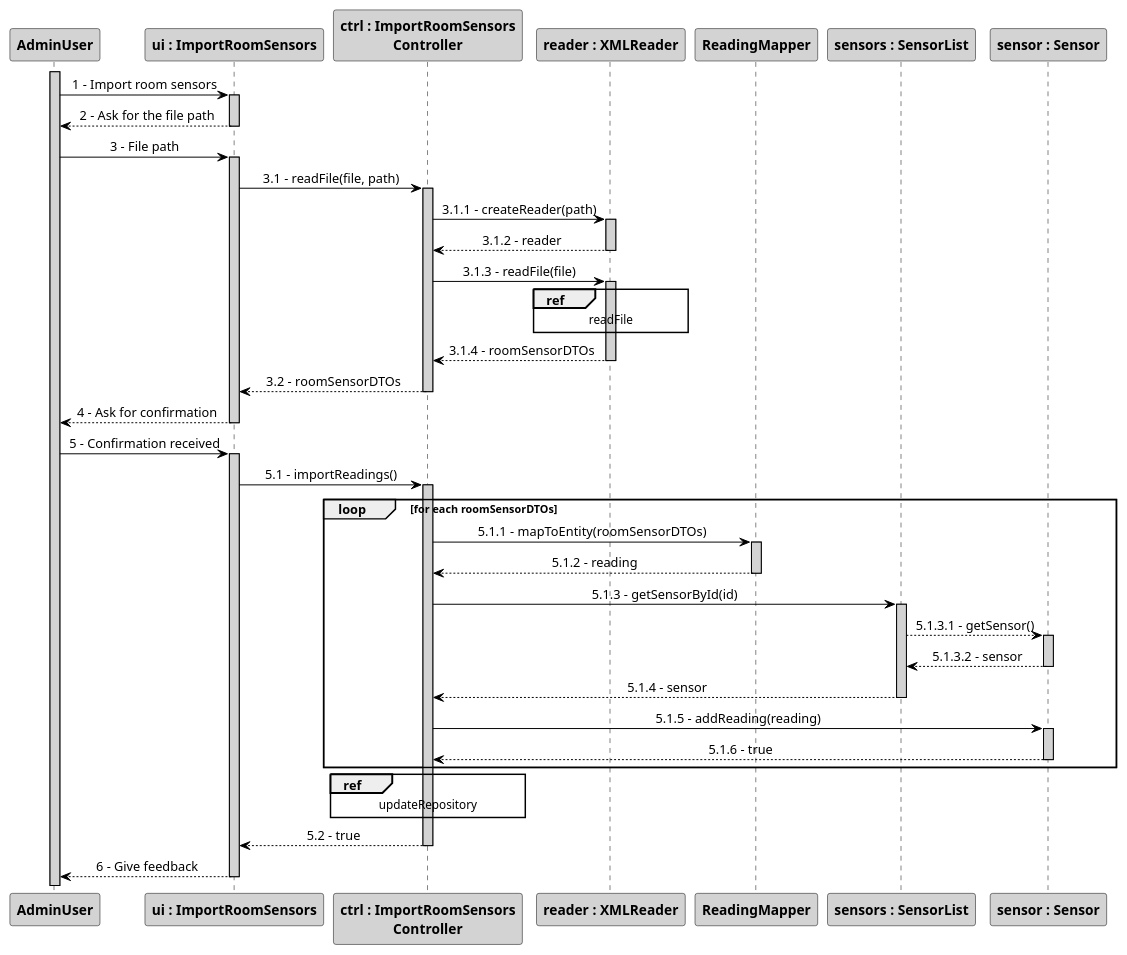
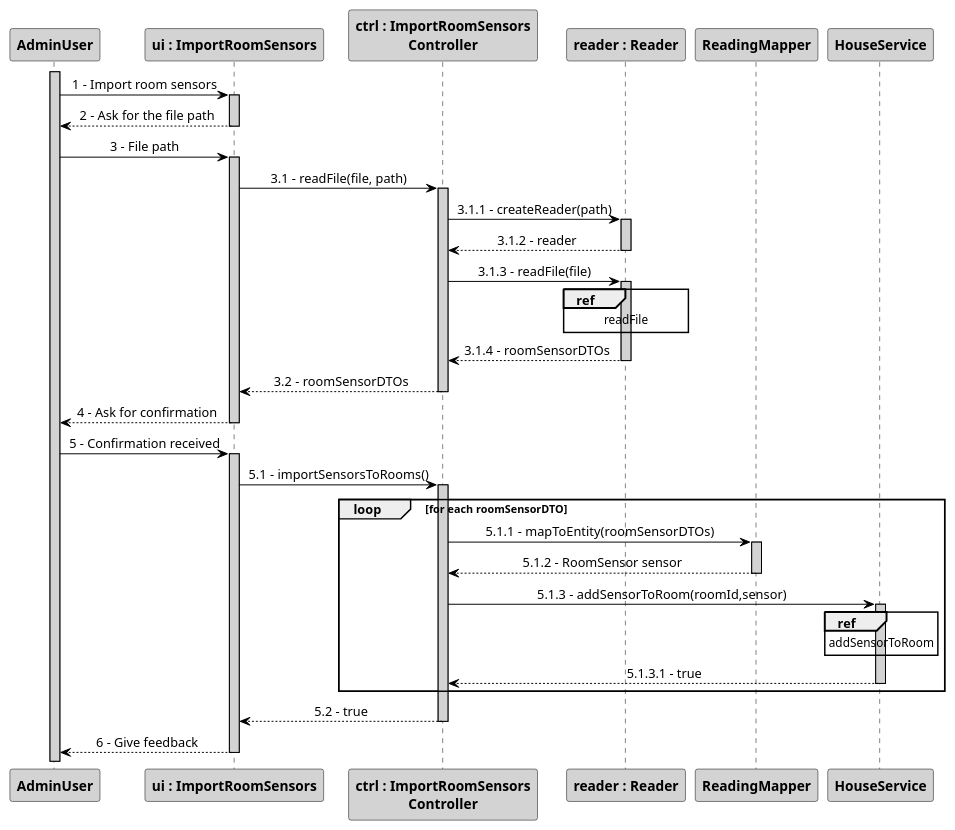
The diagram in src/main/java/pt/ipp/isep/dei/project/controllers/importroomsensorandreadings/SD_ImportRoomSensors.puml (1181687/hateoasToy), drawn with PlantUML before and after one commit.

Commit message:
[ Addresses #150 ] Ended ImportRoomSensors sequence diagram

```diff
--- a/src/main/java/pt/ipp/isep/dei/project/controllers/importroomsensorandreadings/SD_ImportRoomSensors.puml
+++ b/src/main/java/pt/ipp/isep/dei/project/controllers/importroomsensorandreadings/SD_ImportRoomSensors.puml
@@ -1,75 +1,67 @@
 @startuml
 skinparam sequenceMessageAlign center
 skinparam sequence {
 	ArrowColor Black
 	ActorBorderColor DarkBlue
 	LifeLineBorderColor black
 	LifeLineBackgroundColor LightGrey
 
 	ParticipantBorderColor Black
 	ParticipantBackgroundColor LightGrey
 	ParticipantFontStyle Bold
 
 	ActorBackgroundColor DimGrey
 	ActorFontColor DeepSkyBlue
 	ActorFontStyle Bold
 	ActorFontSize 17
 	ActorFontName Aapex
 }
 
 activate AdminUser
 actor AdminUser
 
 AdminUser -> "ui : ImportRoomSensors":1 - Import room sensors
 activate "ui : ImportRoomSensors"
 "ui : ImportRoomSensors" --> AdminUser: 2 - Ask for the file path
 deactivate "ui : ImportRoomSensors"
 AdminUser -> "ui : ImportRoomSensors": 3 - File path
 activate "ui : ImportRoomSensors"
 "ui : ImportRoomSensors" -> "ctrl : ImportRoomSensors\nController": 3.1 - readFile(file, path)
 activate "ctrl : ImportRoomSensors\nController"
-"ctrl : ImportRoomSensors\nController" -> "reader : XMLReader": 3.1.1 - createReader(path)
-activate "reader : XMLReader"
-"reader : XMLReader" --> "ctrl : ImportRoomSensors\nController": 3.1.2 - reader
-deactivate "reader : XMLReader"
-"ctrl : ImportRoomSensors\nController" -> "reader : XMLReader": 3.1.3 - readFile(file)
-activate "reader : XMLReader"
-ref over "reader : XMLReader"
+"ctrl : ImportRoomSensors\nController" -> "reader : Reader": 3.1.1 - createReader(path)
+activate "reader : Reader"
+"reader : Reader" --> "ctrl : ImportRoomSensors\nController": 3.1.2 - reader
+deactivate "reader : Reader"
+"ctrl : ImportRoomSensors\nController" -> "reader : Reader": 3.1.3 - readFile(file)
+activate "reader : Reader"
+ref over "reader : Reader"
 readFile
 end
-"reader : XMLReader" --> "ctrl : ImportRoomSensors\nController": 3.1.4 - roomSensorDTOs
-deactivate "reader : XMLReader"
+"reader : Reader" --> "ctrl : ImportRoomSensors\nController": 3.1.4 - roomSensorDTOs
+deactivate "reader : Reader"
 "ctrl : ImportRoomSensors\nController" --> "ui : ImportRoomSensors": 3.2 - roomSensorDTOs
 deactivate "ctrl : ImportRoomSensors\nController"
 "ui : ImportRoomSensors" --> AdminUser: 4 - Ask for confirmation
 deactivate "ui : ImportRoomSensors"
 AdminUser -> "ui : ImportRoomSensors": 5 - Confirmation received
 activate "ui : ImportRoomSensors"
-"ui : ImportRoomSensors" -> "ctrl : ImportRoomSensors\nController": 5.1 - importReadings()
+"ui : ImportRoomSensors" -> "ctrl : ImportRoomSensors\nController": 5.1 - importSensorsToRooms()
 activate "ctrl : ImportRoomSensors\nController"
-loop for each roomSensorDTOs
+loop for each roomSensorDTO
 "ctrl : ImportRoomSensors\nController" -> ReadingMapper: 5.1.1 - mapToEntity(roomSensorDTOs)
 activate ReadingMapper
-ReadingMapper --> "ctrl : ImportRoomSensors\nController": 5.1.2 - reading
+ReadingMapper --> "ctrl : ImportRoomSensors\nController": 5.1.2 - RoomSensor sensor
 deactivate ReadingMapper
-"ctrl : ImportRoomSensors\nController" -> "sensors : SensorList": 5.1.3 - getSensorById(id)
-activate "sensors : SensorList"
-"sensors : SensorList" --> "sensor : Sensor": 5.1.3.1 - getSensor()
-activate "sensor : Sensor"
-"sensor : Sensor" --> "sensors : SensorList": 5.1.3.2 - sensor
-deactivate "sensor : Sensor"
-"sensors : SensorList" --> "ctrl : ImportRoomSensors\nController": 5.1.4 - sensor
-deactivate "sensors : SensorList"
-"ctrl : ImportRoomSensors\nController" -> "sensor : Sensor": 5.1.5 - addReading(reading)
-activate "sensor : Sensor"
-"sensor : Sensor" --> "ctrl : ImportRoomSensors\nController": 5.1.6 - true
-deactivate "sensor : Sensor"
+"ctrl : ImportRoomSensors\nController" -> "HouseService": 5.1.3 - addSensorToRoom(roomId,sensor)
+activate HouseService
+ref over HouseService
+addSensorToRoom
+end
+"HouseService" --> "ctrl : ImportRoomSensors\nController": 5.1.3.1 - true
+deactivate HouseService
 end loop
-ref over "ctrl : ImportRoomSensors\nController"
-updateRepository
-end
 "ctrl : ImportRoomSensors\nController" --> "ui : ImportRoomSensors": 5.2 - true
 deactivate "ctrl : ImportRoomSensors\nController"
 "ui : ImportRoomSensors" --> AdminUser: 6 - Give feedback
 deactivate "ui : ImportRoomSensors"
 @enduml
```
